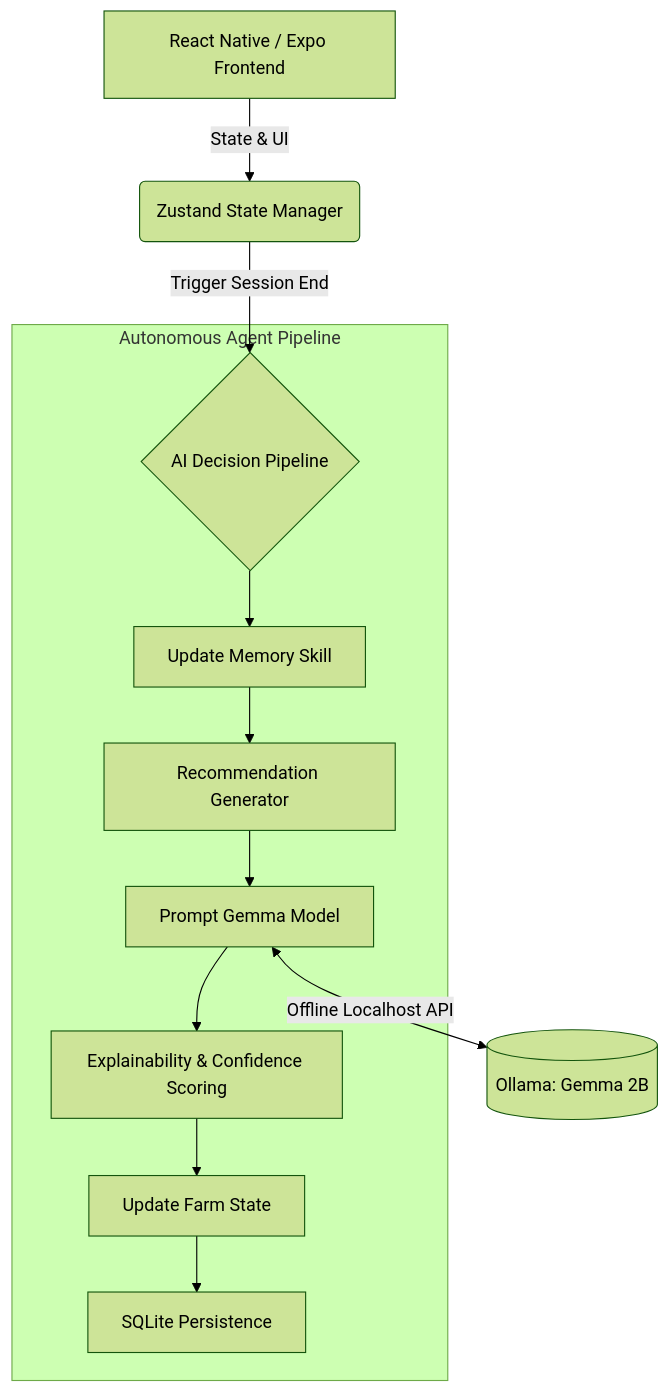
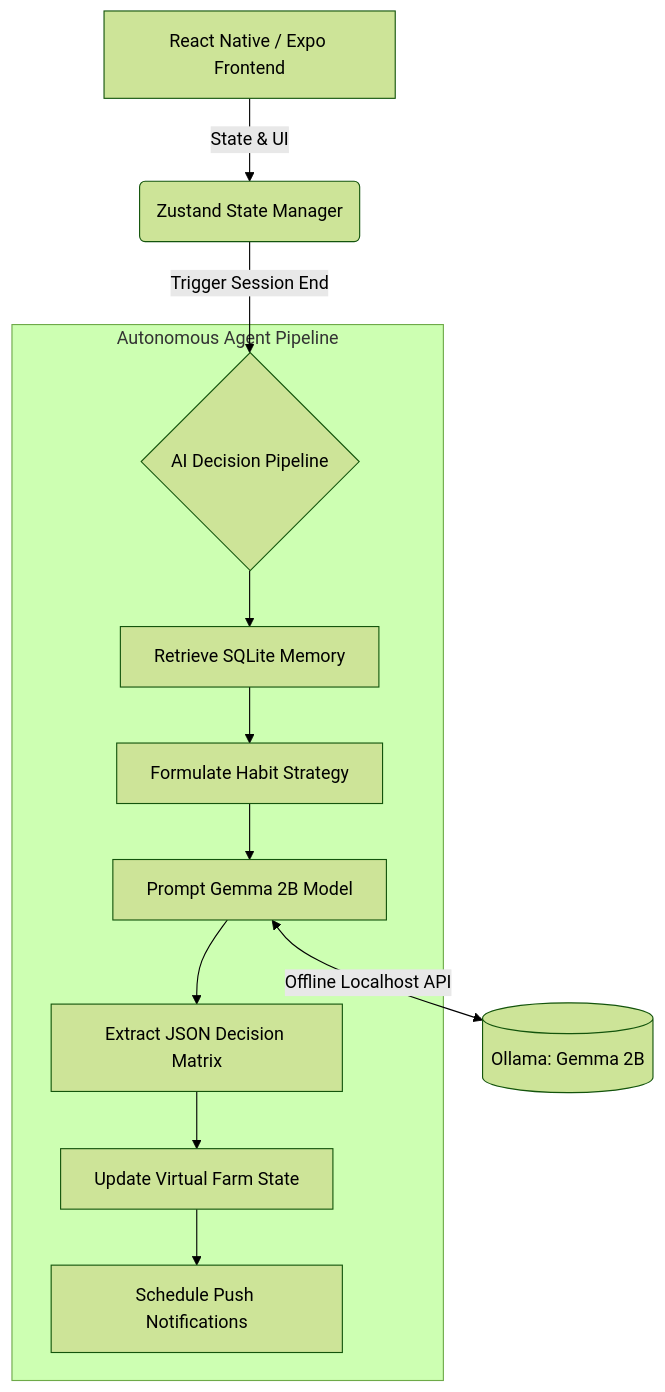
The diagram in README.md (AbdullahBalfaqih/Bloom-Mind), drawn with Mermaid (forest theme) before and after one commit. The commit also changed other lines of this file and 1 other file, not shown here.

Commit message:
docs: remove banned hackathon terminology and emphasize agentic workflow

````diff
--- a/README.md
+++ b/README.md
@@ -47,16 +47,16 @@
 ```mermaid
 graph TD
     A[React Native / Expo Frontend] -->|State & UI| B(Zustand State Manager)
     B -->|Trigger Session End| C{AI Decision Pipeline}
     
     subgraph Autonomous Agent Pipeline
-    C --> D[Update Memory Skill]
-    D --> E[Recommendation Generator]
-    E --> F[Prompt Gemma Model]
-    F --> G[Explainability & Confidence Scoring]
-    G --> H[Update Farm State]
-    H --> I[SQLite Persistence]
+    C --> D[Retrieve SQLite Memory]
+    D --> E[Formulate Habit Strategy]
+    E --> F[Prompt Gemma 2B Model]
+    F --> G[Extract JSON Decision Matrix]
+    G --> H[Update Virtual Farm State]
+    H --> I[Schedule Push Notifications]
     end
 
     F <-->|Offline Localhost API| J[(Ollama: Gemma 2B)]
 ```
````
